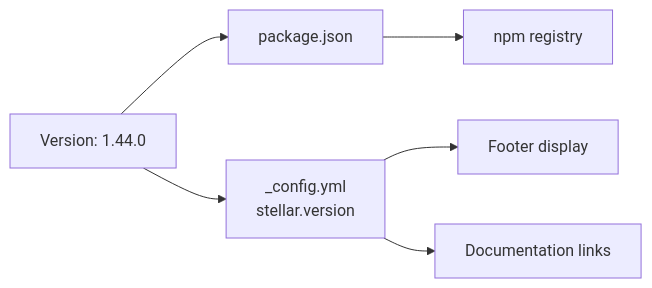
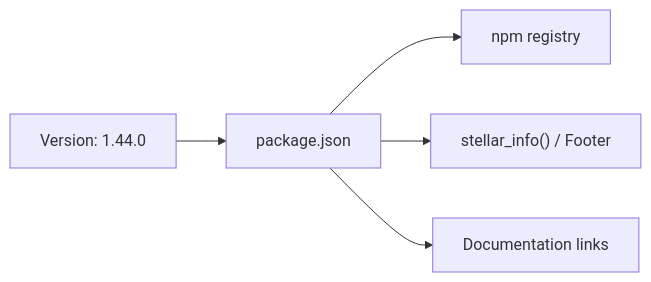
One commit to xaoxuu/hexo-theme-stellar changed the fifth of 5 diagrams in docs/knowledge/00-总览与安装配置/installation.md. Above: the diagram before and after it, drawn with Mermaid. The commit also changed other lines of this file and 101 other files, not shown here.

````diff
--- a/docs/knowledge/00-总览与安装配置/installation.md
+++ b/docs/knowledge/00-总览与安装配置/installation.md
@@ -364,14 +351,10 @@
 ```mermaid
 graph LR
     VER["Version: 1.44.0"]
     
     PKG["package.json"]
-    CONFIG["_config.yml<br/>stellar.version"]
-    
     VER --> PKG
-    VER --> CONFIG
-    
     PKG --> NPM["npm registry"]
-    CONFIG --> FOOTER["Footer display"]
-    CONFIG --> DOCS["Documentation links"]
+    PKG --> FOOTER["stellar_info() / Footer"]
+    PKG --> DOCS["Documentation links"]
 ```
````
